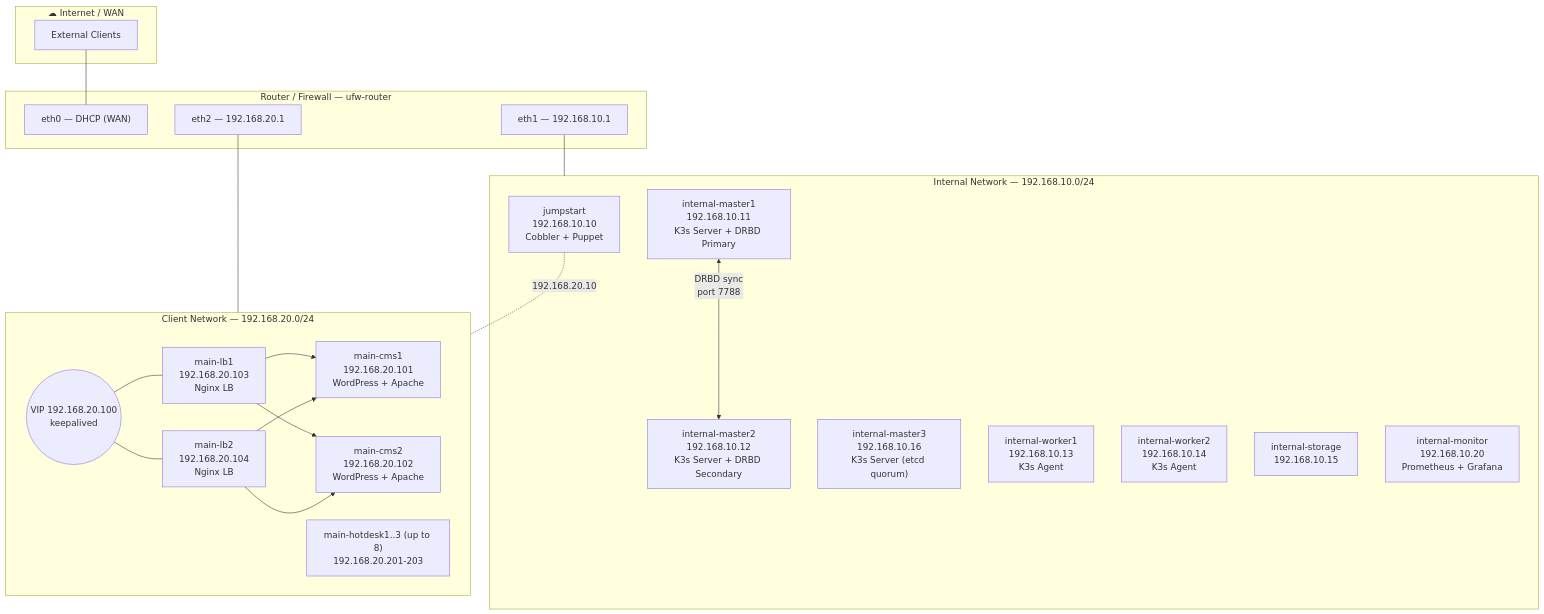
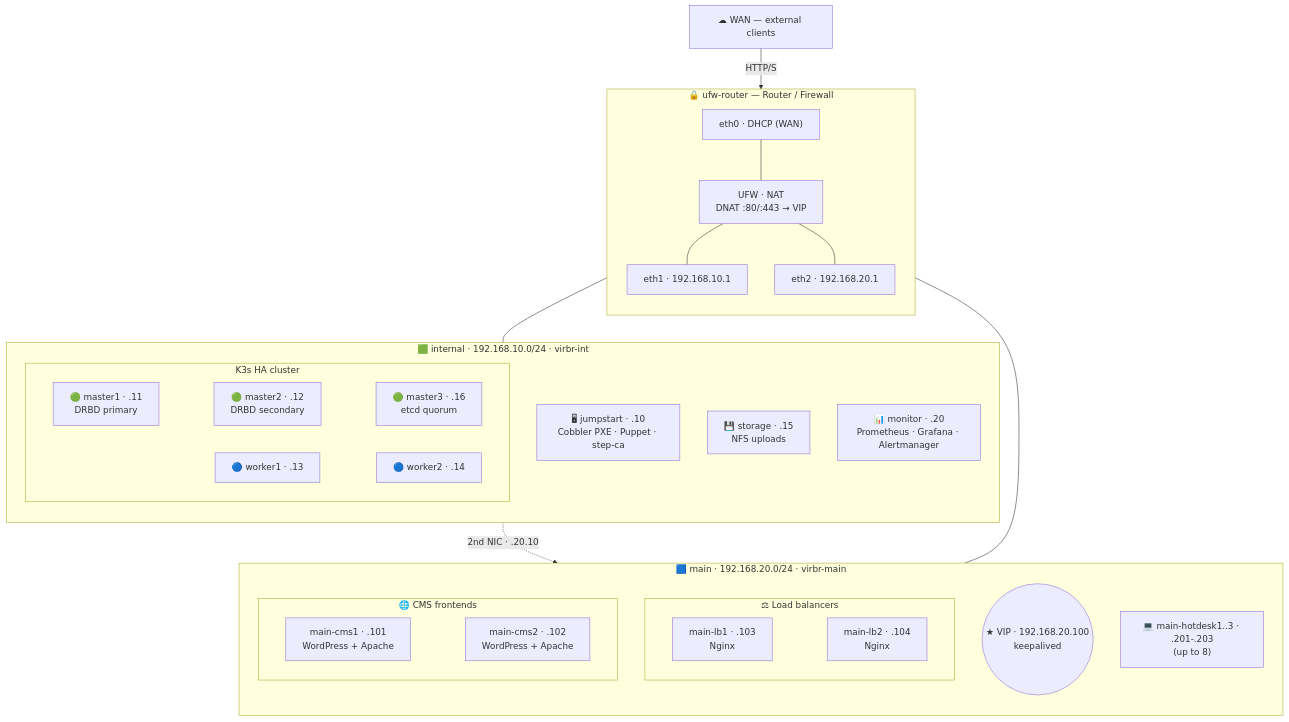
One commit to Aitor42/CMS-HA-Infrastructure changed the diagram in README.md. Above: the diagram before and after it, drawn with Mermaid. The commit also changed other lines of this file and 4 other files, not shown here.

````diff
--- a/README.md
+++ b/README.md
@@ -70,45 +72,53 @@
 ```mermaid
 graph TB
-    subgraph WAN["☁ Internet / WAN"]
-        INET["External Clients"]
+    WAN["☁ WAN — external clients"]
+
+    subgraph ROUTER["🔒 ufw-router — Router / Firewall"]
+        direction TB
+        R_WAN["eth0 · DHCP (WAN)"]
+        R_FW["UFW · NAT<br/>DNAT :80/:443 → VIP"]
+        R_INT["eth1 · 192.168.10.1"]
+        R_MAIN["eth2 · 192.168.20.1"]
+        R_WAN --- R_FW --- R_INT
+        R_FW --- R_MAIN
     end
 
-    subgraph ROUTER["Router / Firewall — ufw-router"]
-        R_ETH0["eth0 — DHCP (WAN)"]
-        R_ETH1["eth1 — 192.168.10.1"]
-        R_ETH2["eth2 — 192.168.20.1"]
+    subgraph INTERNAL["🟩 internal · 192.168.10.0/24 · virbr-int"]
+        direction TB
+        JS["🖥 jumpstart · .10<br/>Cobbler PXE · Puppet · step-ca"]
+
+        subgraph K3S["K3s HA cluster"]
+            M1["🟢 master1 · .11<br/>DRBD primary"]
+            M2["🟢 master2 · .12<br/>DRBD secondary"]
+            M3["🟢 master3 · .16<br/>etcd quorum"]
+            W1["🔵 worker1 · .13"]
+            W2["🔵 worker2 · .14"]
+            M1 ~~~ M2 ~~~ M3
+            W1 ~~~ W2
+        end
+
+        ST["💾 storage · .15<br/>NFS uploads"]
+        MON["📊 monitor · .20<br/>Prometheus · Grafana · Alertmanager"]
     end
 
-    subgraph INTERNAL["Internal Network — 192.168.10.0/24"]
-        JS["jumpstart<br/>192.168.10.10<br/>Cobbler + Puppet"]
-        M1["internal-master1<br/>192.168.10.11<br/>K3s Server + DRBD Primary"]
-        M2["internal-master2<br/>192.168.10.12<br/>K3s Server + DRBD Secondary"]
-        M3["internal-master3<br/>192.168.10.16<br/>K3s Server (etcd quorum)"]
-        W1["internal-worker1<br/>192.168.10.13<br/>K3s Agent"]
-        W2["internal-worker2<br/>192.168.10.14<br/>K3s Agent"]
-        ST["internal-storage<br/>192.168.10.15"]
-        MON["internal-monitor<br/>192.168.10.20<br/>Prometheus + Grafana"]
+    subgraph MAIN["🟦 main · 192.168.20.0/24 · virbr-main"]
+        direction TB
+        VIP(("★ VIP · 192.168.20.100<br/>keepalived"))
+        subgraph LBS["⚖ Load balancers"]
+            LB1["main-lb1 · .103<br/>Nginx"]
+            LB2["main-lb2 · .104<br/>Nginx"]
+            LB1 ~~~ LB2
+        end
+        subgraph FES["🌐 CMS frontends"]
+            CMS1["main-cms1 · .101<br/>WordPress + Apache"]
+            CMS2["main-cms2 · .102<br/>WordPress + Apache"]
+            CMS1 ~~~ CMS2
+        end
+        HD["💻 main-hotdesk1..3 · .201-.203<br/>(up to 8)"]
     end
 
-    subgraph MAIN["Client Network — 192.168.20.0/24"]
-        VIP(("VIP 192.168.20.100<br/>keepalived"))
-        LB1["main-lb1<br/>192.168.20.103<br/>Nginx LB"]
-        LB2["main-lb2<br/>192.168.20.104<br/>Nginx LB"]
-        CMS1["main-cms1<br/>192.168.20.101<br/>WordPress + Apache"]
-        CMS2["main-cms2<br/>192.168.20.102<br/>WordPress + Apache"]
-        HD["main-hotdesk1..3 (up to 8)<br/>192.168.20.201-203"]
-    end
-
-    INET --- R_ETH0
-    R_ETH1 --- INTERNAL
-    R_ETH2 --- MAIN
-    JS -.- |"192.168.20.10"| MAIN
-
-    M1 <--> |"DRBD sync<br/>port 7788"| M2
-    VIP --- LB1
-    VIP --- LB2
-    LB1 --> CMS1
-    LB1 --> CMS2
-    LB2 --> CMS1
-    LB2 --> CMS2
+    WAN -->|"HTTP/S"| R_WAN
+    R_INT --- INTERNAL
+    R_MAIN --- MAIN
+    JS -.->|"2nd NIC · .20.10"| MAIN
 ```
````
